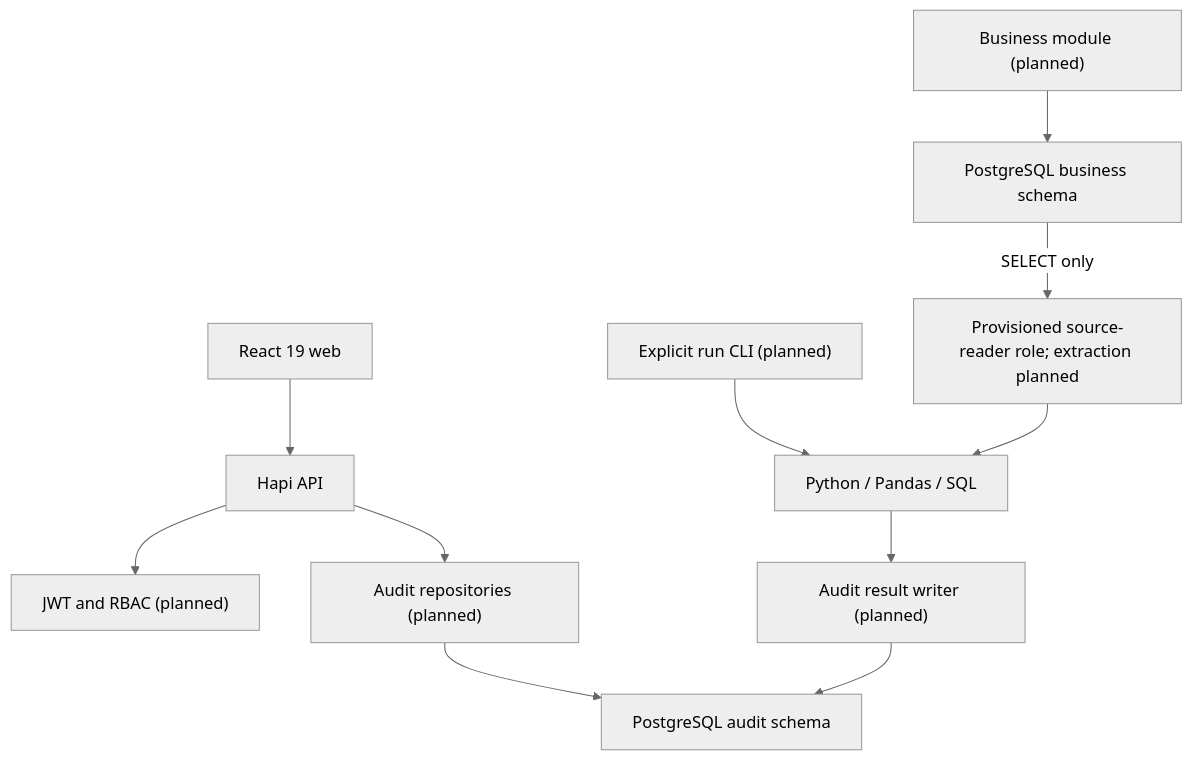
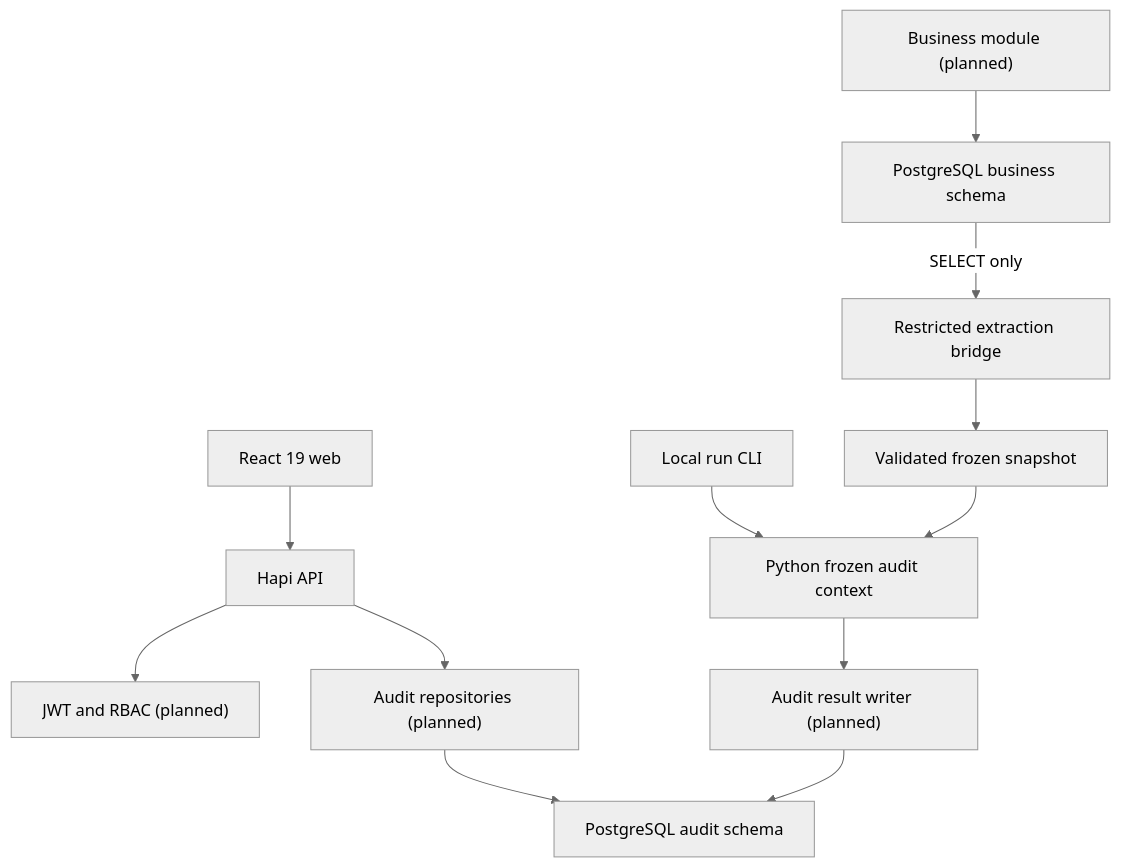
The third of 6 diagrams in docs/03-SYSTEM-ARCHITECTURE.md (wallsieiswallsie/AuditLens), drawn with Mermaid (neutral theme) before and after one commit. The commit also changed other lines of this file and 31 other files, not shown here.

Commit message:
feat: add deterministic audit snapshot framework

````diff
--- a/docs/03-SYSTEM-ARCHITECTURE.md
+++ b/docs/03-SYSTEM-ARCHITECTURE.md
@@ -36,13 +40,14 @@
 ```mermaid
 flowchart TB
   Web["React 19 web"] --> API["Hapi API"]
   API --> Auth["JWT and RBAC (planned)"]
   API --> AuditRepo["Audit repositories (planned)"]
   AuditRepo --> AuditDB["PostgreSQL audit schema"]
   Demo["Business module (planned)"] --> BizDB["PostgreSQL business schema"]
-  CLI["Explicit run CLI (planned)"] --> Engine["Python / Pandas / SQL"]
-  BizDB -->|SELECT only| Reader["Provisioned source-reader role; extraction planned"]
-  Reader --> Engine
+  CLI["Local run CLI"] --> Engine["Python frozen audit context"]
+  BizDB -->|SELECT only| Reader["Restricted extraction bridge"]
+  Reader --> Snapshot["Validated frozen snapshot"]
+  Snapshot --> Engine
   Engine --> Writer["Audit result writer (planned)"]
   Writer --> AuditDB
 ```
````
